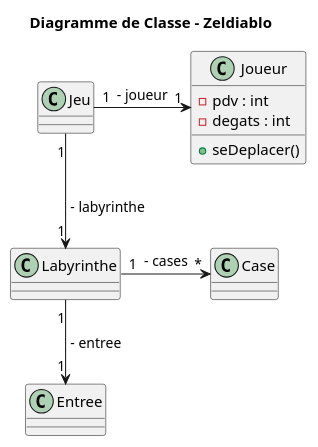
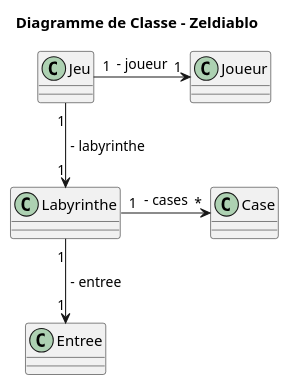
One commit to arnoux23u-IUTNC/2021_COO_Zeldiablo changed the diagram in documents/version_1/diagClasse.puml. Above: the diagram before and after it, drawn with PlantUML.

```diff
--- a/documents/version_1/diagClasse.puml
+++ b/documents/version_1/diagClasse.puml
@@ -1,28 +1,25 @@
 @startuml
 title Diagramme de Classe - Zeldiablo
 
 class Jeu{
 }
 
 class Joueur{
-- pdv : int
-- degats : int
-+ seDeplacer()
 }
 
 class Labyrinthe{
 }
 
 class Case{
 }
 
 class Entree{
 
 }
 
 Jeu "1" -down-> "1" Labyrinthe: " - labyrinthe"
 Labyrinthe "1" -down-> "1" Entree: " - entree "
 Labyrinthe "1" -right-> "*" Case: " - cases "
 Jeu "1" -right-> "1" Joueur: " - joueur "
 
 @enduml
```
